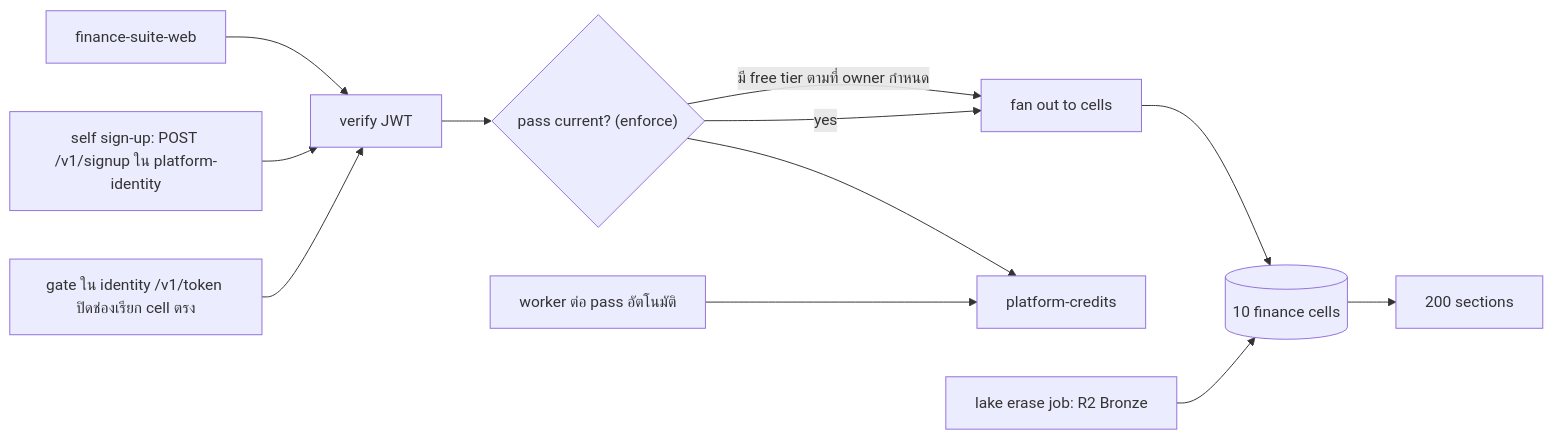
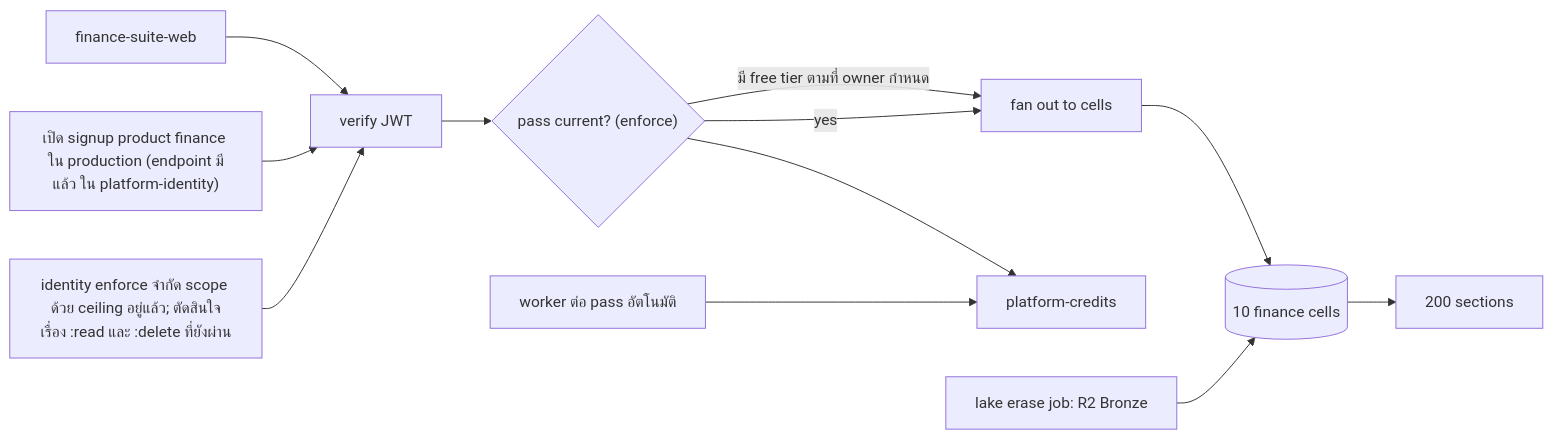
One commit to bookchaowalit/finance-api changed the second of 2 diagrams in docs/diagrams/01-business-process.md. Above: the diagram before and after it, drawn with Mermaid. The commit also changed other lines of this file, not shown here.

````diff
--- a/docs/diagrams/01-business-process.md
+++ b/docs/diagrams/01-business-process.md
@@ -42,14 +47,14 @@
 ```mermaid
 flowchart LR
   WEB["finance-suite-web"] --> AUTH["verify JWT"]
-  SIGNUP["self sign-up: POST /v1/signup ใน platform-identity"] --> AUTH
+  SIGNUP["เปิด signup product finance ใน production (endpoint มีแล้ว ใน platform-identity)"] --> AUTH
   AUTH --> GATE{"pass current? (enforce)"}
   GATE -->|"มี free tier ตามที่ owner กำหนด"| FAN["fan out to cells"]
   GATE -->|yes| FAN
   FAN --> CELLS[("10 finance cells")]
   CELLS --> RESP["200 sections"]
   RENEW["worker ต่อ pass อัตโนมัติ"] --> CREDITS["platform-credits"]
   GATE --> CREDITS
   LAKE["lake erase job: R2 Bronze"] --> CELLS
-  CLOSE["gate ใน identity /v1/token ปิดช่องเรียก cell ตรง"] --> AUTH
+  CLOSE["identity enforce จำกัด scope ด้วย ceiling อยู่แล้ว; ตัดสินใจเรื่อง :read และ :delete ที่ยังผ่าน"] --> AUTH
 ```
````
